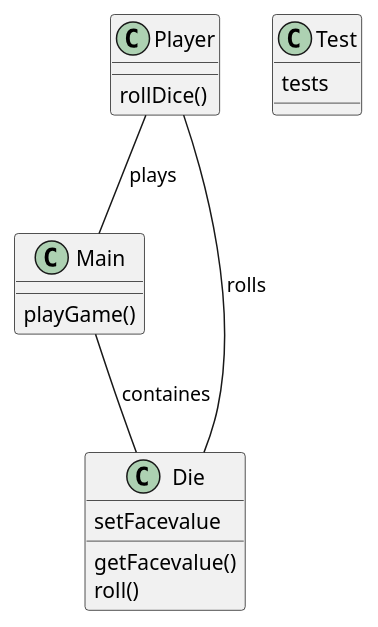
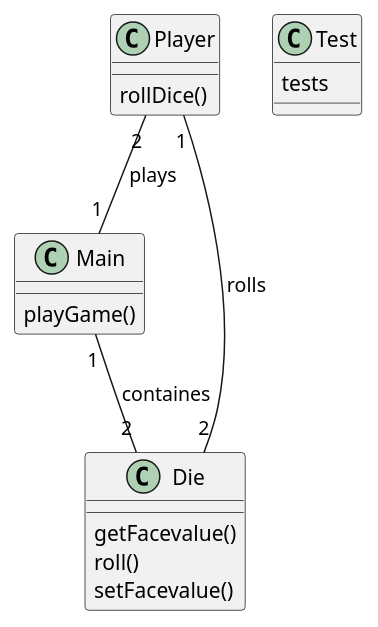
One commit to andelsbolig/o5_del1 changed the diagram in src/ClassDiagram.puml. Above: the diagram before and after it, drawn with PlantUML.

Commit message:
added multiplicity to classDiagram

```diff
--- a/src/ClassDiagram.puml
+++ b/src/ClassDiagram.puml
@@ -1,15 +1,15 @@
 @startuml
-Player -- Main : plays
-Main -- Die  : containes
-Die -- Player : rolls
+Player "2" -- "1" Main : plays
+Main "1"--"2" Die  : containes
+Die"2" -- "1"Player : rolls
 Test : tests
 
 
 Player : rollDice()
 Die : getFacevalue()
 Die : roll()
-Die : setFacevalue
+Die : setFacevalue()
 Main : playGame()
 
 
 @enduml
```
